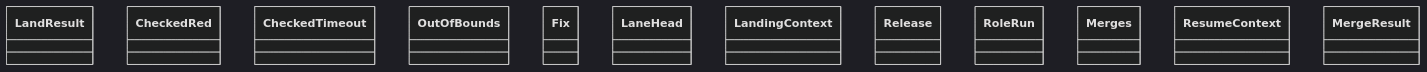
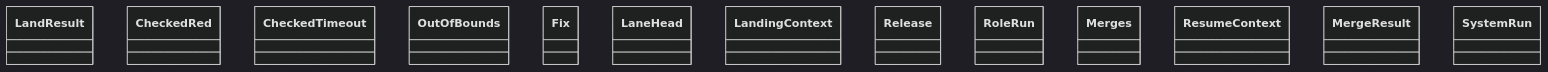
One commit to GonzaloZevallos/agentic-system changed the diagram in docs/architecture/generated/classes-process-application-landing.md. Above: the diagram before and after it, drawn with Mermaid (dark theme). The commit also changed 6 other files, not shown here.

Commit message:
Merge master into GH-689; place application.tracker_items in the landing cluster now that reflection is full

````diff
--- a/docs/architecture/generated/classes-process-application-landing.md
+++ b/docs/architecture/generated/classes-process-application-landing.md
@@ -19,15 +19,16 @@
 ```mermaid
 classDiagram
     class landing__LandResult["LandResult"]
     class landing_adr__CheckedRed["CheckedRed"]
     class landing_adr__CheckedTimeout["CheckedTimeout"]
     class landing_adr__OutOfBounds["OutOfBounds"]
     class landing_fix__Fix["Fix"]
     class landing_lane__LaneHead["LaneHead"]
     class landing_plan__LandingContext["LandingContext"]
     class landing_plan__Release["Release"]
     class landing_plan__RoleRun["RoleRun"]
     class landing_sync__Merges["Merges"]
     class landing_sync__ResumeContext["ResumeContext"]
     class merge__MergeResult["MergeResult"]
+    class tracker_items__SystemRun["SystemRun"]
 ```
````
